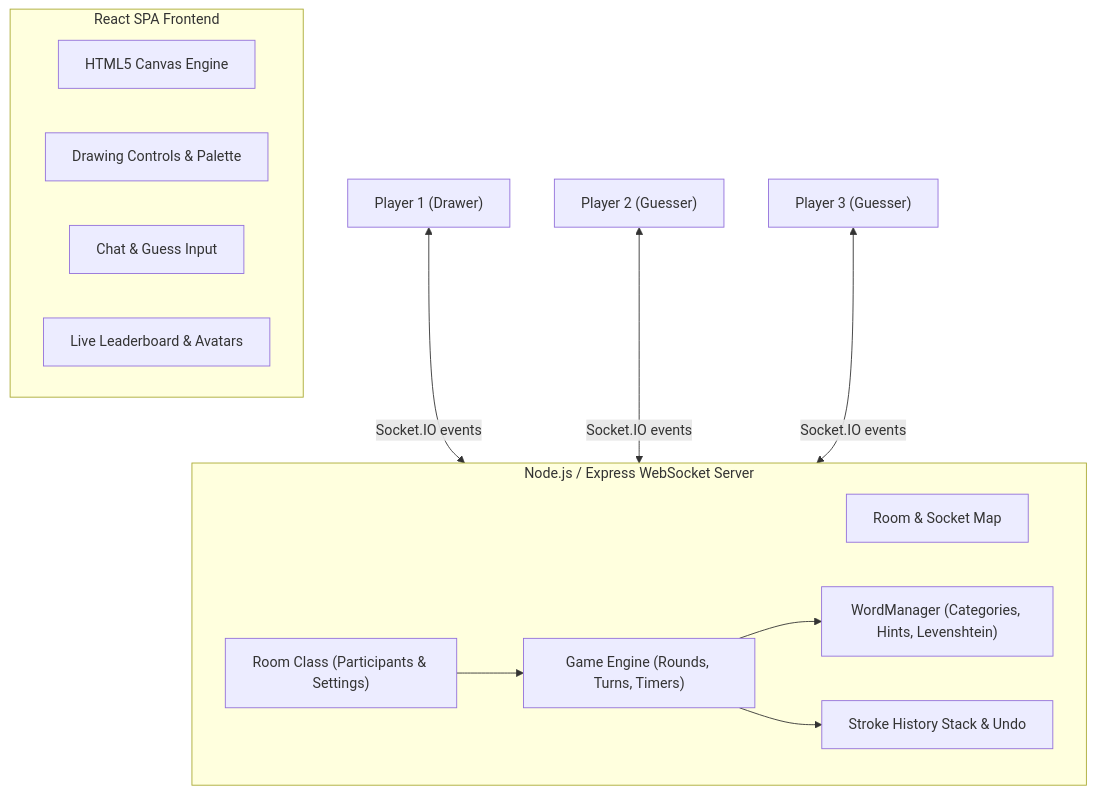
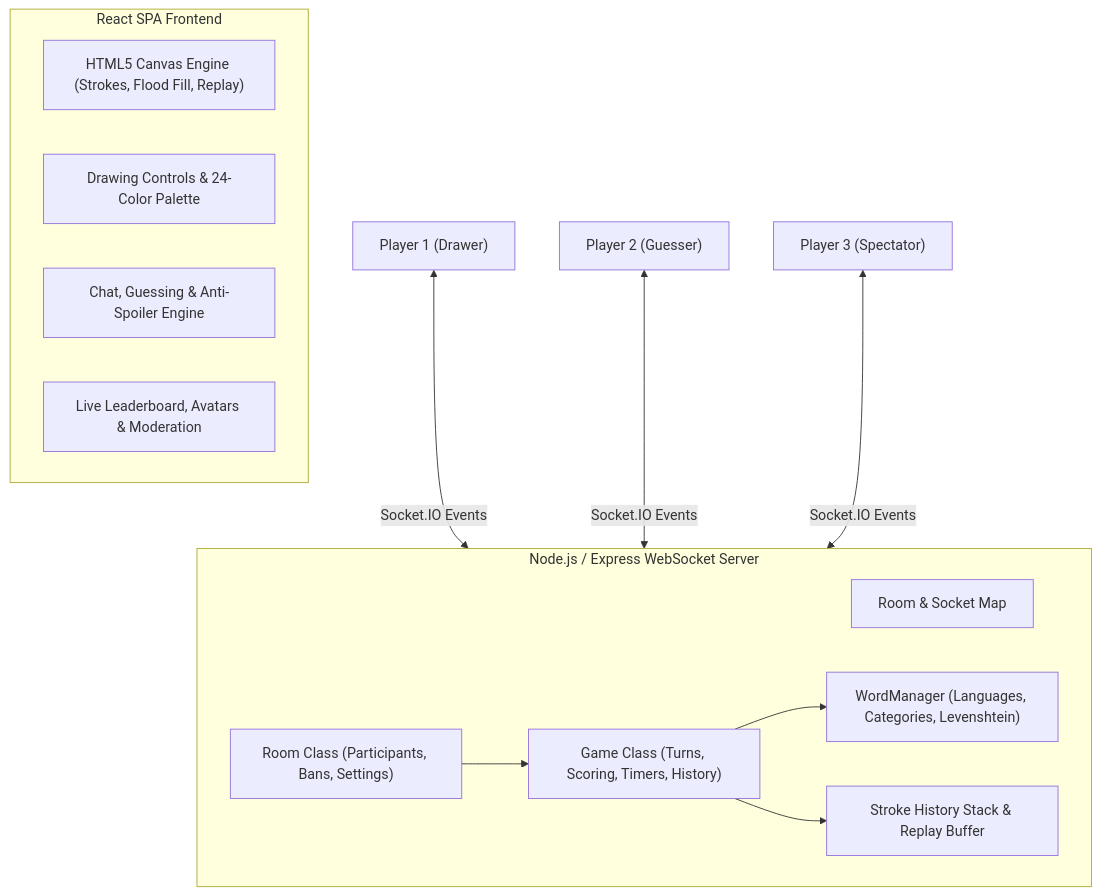
Before and after one commit to tyagikanishka53-svg/skribbl.io-clone: the diagram in README.md, drawn with Mermaid. The commit also changed other lines of this file and 14 other files, not shown here.

Commit message:
Implement all assignment PDF features: multi-language, combination mode, flood fill, spectator mode, ready-up, replay, and moderation

````diff
--- a/README.md
+++ b/README.md
@@ -54,29 +63,29 @@
 ```mermaid
 flowchart TD
     Client1["Player 1 (Drawer)"]
     Client2["Player 2 (Guesser)"]
-    Client3["Player 3 (Guesser)"]
+    Client3["Player 3 (Spectator)"]
     
     subgraph Frontend ["React SPA Frontend"]
-        Canvas["HTML5 Canvas Engine"]
-        Toolbox["Drawing Controls & Palette"]
-        Chat["Chat & Guess Input"]
-        Leaderboard["Live Leaderboard & Avatars"]
+        Canvas["HTML5 Canvas Engine (Strokes, Flood Fill, Replay)"]
+        Toolbox["Drawing Controls & 24-Color Palette"]
+        Chat["Chat, Guessing & Anti-Spoiler Engine"]
+        Leaderboard["Live Leaderboard, Avatars & Moderation"]
     end
     
     subgraph Backend ["Node.js / Express WebSocket Server"]
         RoomMgr["Room & Socket Map"]
-        Room["Room Class (Participants & Settings)"]
-        Game["Game Engine (Rounds, Turns, Timers)"]
-        WordMgr["WordManager (Categories, Hints, Levenshtein)"]
-        Strokes["Stroke History Stack & Undo"]
+        Room["Room Class (Participants, Bans, Settings)"]
+        Game["Game Class (Turns, Scoring, Timers, History)"]
+        WordMgr["WordManager (Languages, Categories, Levenshtein)"]
+        Strokes["Stroke History Stack & Replay Buffer"]
     end
     
-    Client1 <-->|Socket.IO events| Backend
-    Client2 <-->|Socket.IO events| Backend
-    Client3 <-->|Socket.IO events| Backend
+    Client1 <-->|Socket.IO Events| Backend
+    Client2 <-->|Socket.IO Events| Backend
+    Client3 <-->|Socket.IO Events| Backend
     
     Room --> Game
     Game --> WordMgr
     Game --> Strokes
 ```
````
